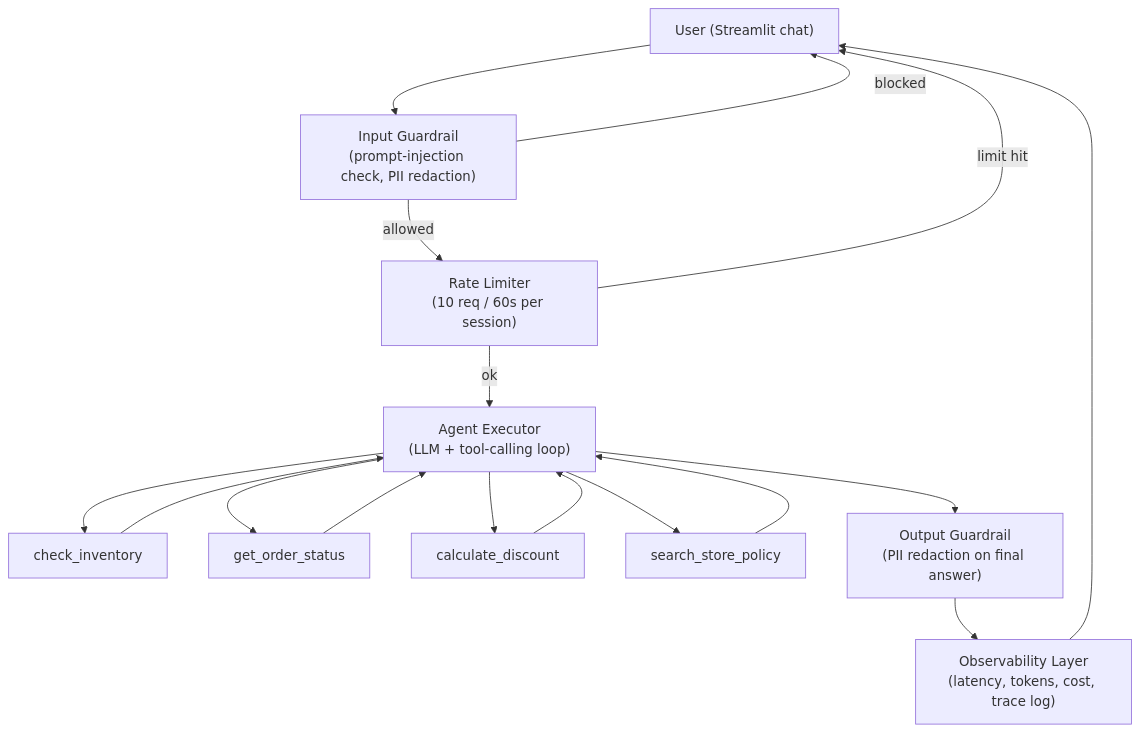
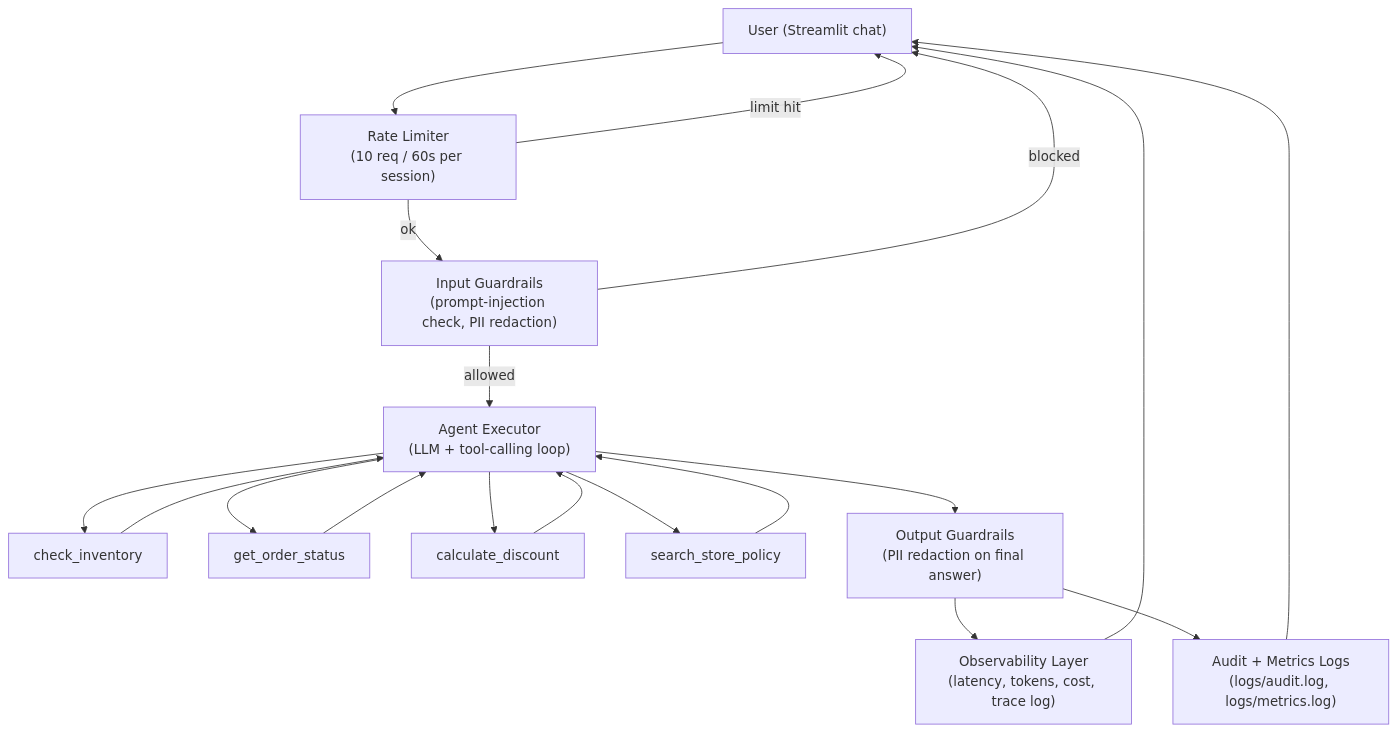
The diagram in store-ops-concierge-agent/README.md (abhinavrawat22/retail-ai-playbook), drawn with Mermaid before and after one commit. The commit also changed other lines of this file and 7 other files, not shown here.

First line of the commit message:
Add agent/tool attribution, guardrail reasons, audit+metrics logs, workflow explanation

````diff
--- a/store-ops-concierge-agent/README.md
+++ b/store-ops-concierge-agent/README.md
@@ -34,19 +34,21 @@
 ```mermaid
 flowchart TD
-    U["User (Streamlit chat)"] --> IG["Input Guardrail\n(prompt-injection check, PII redaction)"]
+    U["User (Streamlit chat)"] --> RL["Rate Limiter\n(10 req / 60s per session)"]
+    RL -- limit hit --> U
+    RL -- ok --> IG["Input Guardrails\n(prompt-injection check, PII redaction)"]
     IG -- blocked --> U
-    IG -- allowed --> RL["Rate Limiter\n(10 req / 60s per session)"]
-    RL -- limit hit --> U
-    RL -- ok --> AG["Agent Executor\n(LLM + tool-calling loop)"]
+    IG -- allowed --> AG["Agent Executor\n(LLM + tool-calling loop)"]
     AG --> T1["check_inventory"]
     AG --> T2["get_order_status"]
     AG --> T3["calculate_discount"]
     AG --> T4["search_store_policy"]
     T1 --> AG
     T2 --> AG
     T3 --> AG
     T4 --> AG
-    AG --> OG["Output Guardrail\n(PII redaction on final answer)"]
+    AG --> OG["Output Guardrails\n(PII redaction on final answer)"]
     OG --> OBS["Observability Layer\n(latency, tokens, cost, trace log)"]
+    OG --> AUDIT["Audit + Metrics Logs\n(logs/audit.log, logs/metrics.log)"]
     OBS --> U
+    AUDIT --> U
 ```
````
